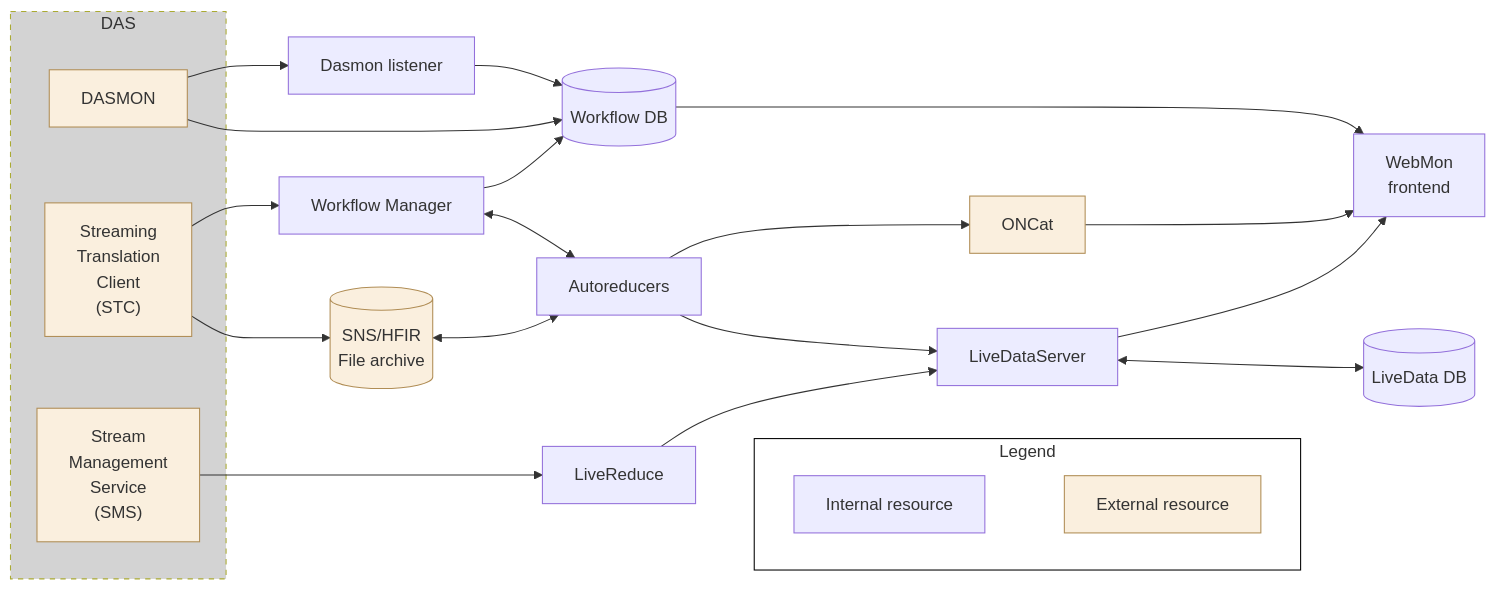
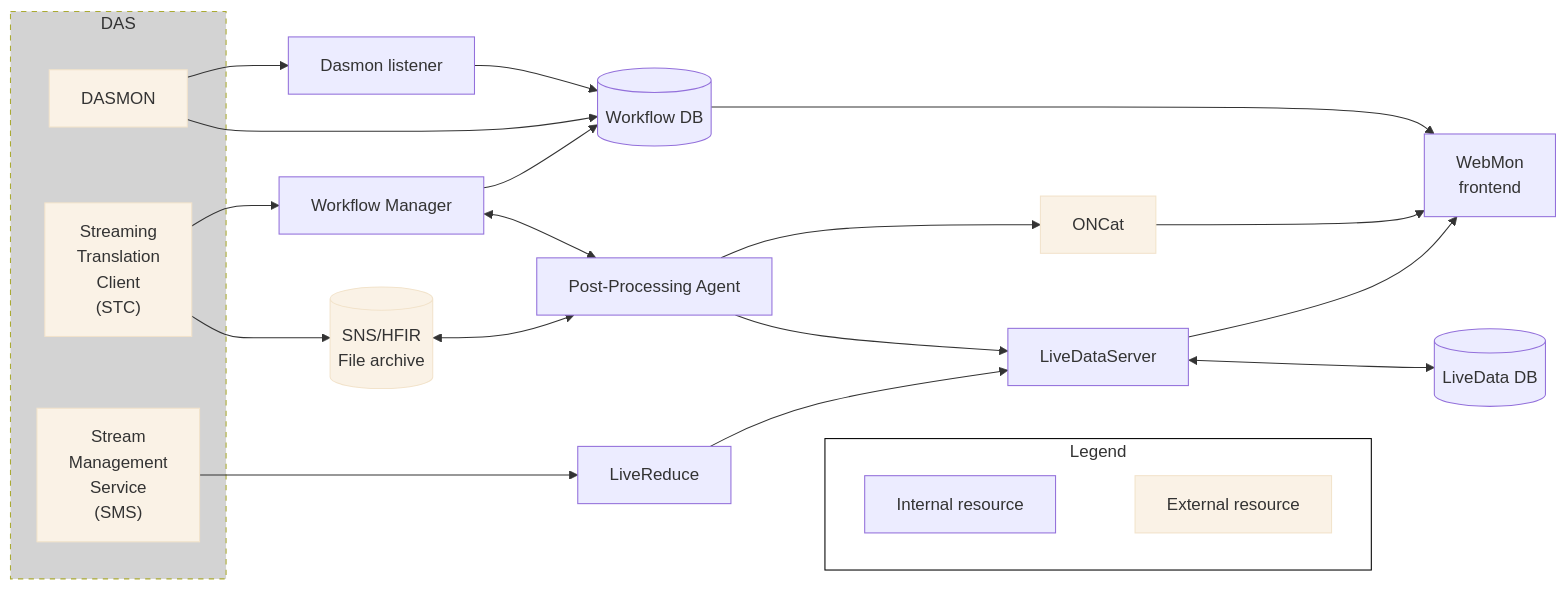
One commit to neutrons/data_workflow changed the diagram in docs/developer/architecture/overview.rst. Above: the diagram before and after it, drawn with Mermaid. The commit also changed other lines of this file and 2 other files, not shown here.

```diff
--- a/docs/developer/architecture/overview.rst
+++ b/docs/developer/architecture/overview.rst
@@ -11,51 +11,51 @@
 .. mermaid::
 
     flowchart LR
         FileArchive[("`SNS/HFIR
         File archive`")]
         subgraph DAS
             DASMON
             TranslationService["`Streaming
             Translation
             Client
             (STC)`"]
             SMS["`Stream
             Management
             Service
             (SMS)`"]
         end
         WorkflowManager[Workflow Manager]
         DasmonListener[Dasmon listener]
         Database[(Workflow DB)]
-        Autoreducers-->ONCat
+        PostProcessingAgent[Post-Processing Agent]-->ONCat
         LiveDataServer-->WebMon
         LiveDataServer<-->LiveDataDB[(LiveData DB)]
         LiveReduce
         WebMon["`WebMon
         frontend`"]
         SMS-->LiveReduce
         TranslationService-->WorkflowManager
         DASMON-->DasmonListener
         DASMON-->Database
         WorkflowManager-->Database
-        WorkflowManager<-->Autoreducers
-        Autoreducers-->LiveDataServer
+        WorkflowManager<-->PostProcessingAgent
+        PostProcessingAgent-->LiveDataServer
         Database-->WebMon
         ONCat-->WebMon
         LiveReduce-->LiveDataServer
         DasmonListener-->Database
         TranslationService-->FileArchive
-        FileArchive<-->Autoreducers
+        FileArchive<-->PostProcessingAgent
         style DAS fill:#D3D3D3, stroke-dasharray: 5 5
-        classDef externalStyle fill:#FAEFDE, stroke:#B08D55
+        classDef externalStyle fill:#faf2e6, stroke:#f2e3cb
         class DASMON,TranslationService,SMS,FileArchive,ONCat externalStyle
 
         subgraph Legend
             direction LR
             Internal["Internal resource"]
             External["External resource"]
             Internal ~~~ External
         end
         LiveReduce ~~~ Internal
         style Legend fill:#FFFFFF,stroke:#000000
         class External externalStyle
```
